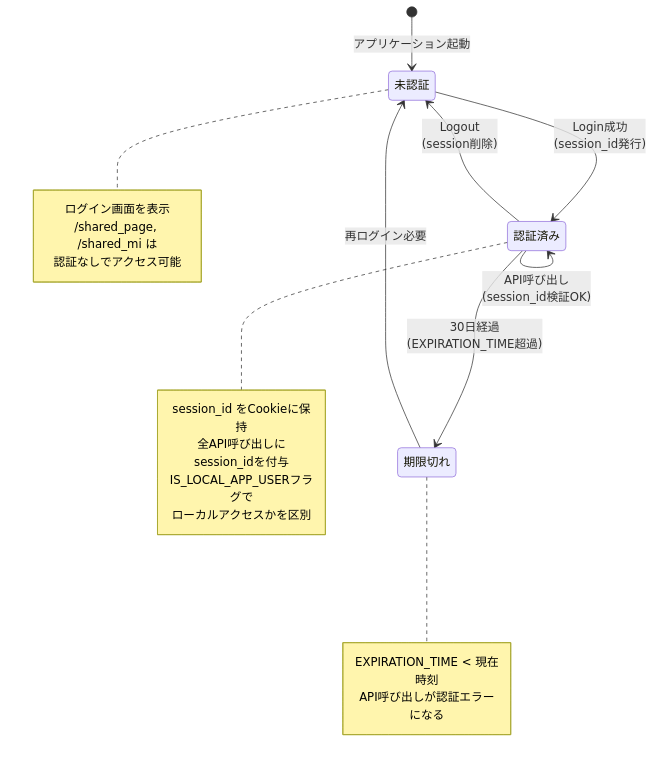
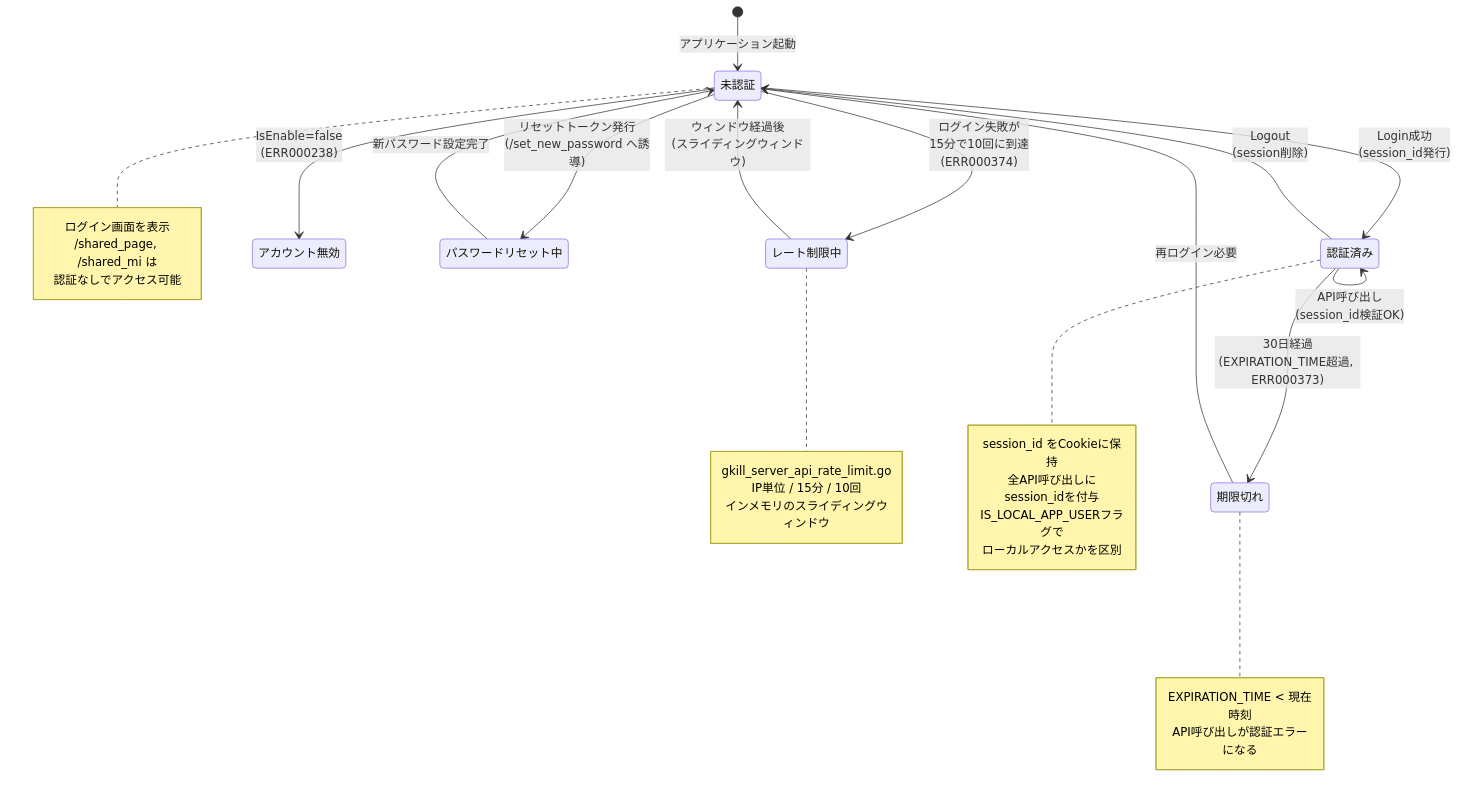
The third of 10 diagrams in documents/reverse/state-machines.md (mt3hr/gkill), drawn with Mermaid before and after one commit. The commit also changed other lines of this file and 25 other files, not shown here.

````diff
--- a/documents/reverse/state-machines.md
+++ b/documents/reverse/state-machines.md
@@ -104,32 +120,44 @@
 ```mermaid
 stateDiagram-v2
     [*] --> 未認証: アプリケーション起動
 
     未認証 --> 認証済み: Login成功<br>(session_id発行)
+    未認証 --> レート制限中: ログイン失敗が<br>15分で10回に到達<br>(ERR000374)
+    レート制限中 --> 未認証: ウィンドウ経過後<br>(スライディングウィンドウ)
+
+    未認証 --> アカウント無効: IsEnable=false<br>(ERR000238)
+    未認証 --> パスワードリセット中: リセットトークン発行<br>(/set_new_password へ誘導)
+    パスワードリセット中 --> 未認証: 新パスワード設定完了
 
     認証済み --> 未認証: Logout<br>(session削除)
 
-    認証済み --> 期限切れ: 30日経過<br>(EXPIRATION_TIME超過)
+    認証済み --> 期限切れ: 30日経過<br>(EXPIRATION_TIME超過, ERR000373)
 
     期限切れ --> 未認証: 再ログイン必要
 
     認証済み --> 認証済み: API呼び出し<br>(session_id検証OK)
+
+    note right of レート制限中
+        gkill_server_api_rate_limit.go
+        IP単位 / 15分 / 10回
+        インメモリのスライディングウィンドウ
+    end note
 
     note right of 未認証
         ログイン画面を表示
         /shared_page, /shared_mi は
         認証なしでアクセス可能
     end note
 
     note right of 認証済み
         session_id をCookieに保持
         全API呼び出しにsession_idを付与
         IS_LOCAL_APP_USERフラグで
         ローカルアクセスかを区別
     end note
 
     note right of 期限切れ
         EXPIRATION_TIME < 現在時刻
         API呼び出しが認証エラーになる
     end note
 ```
````
